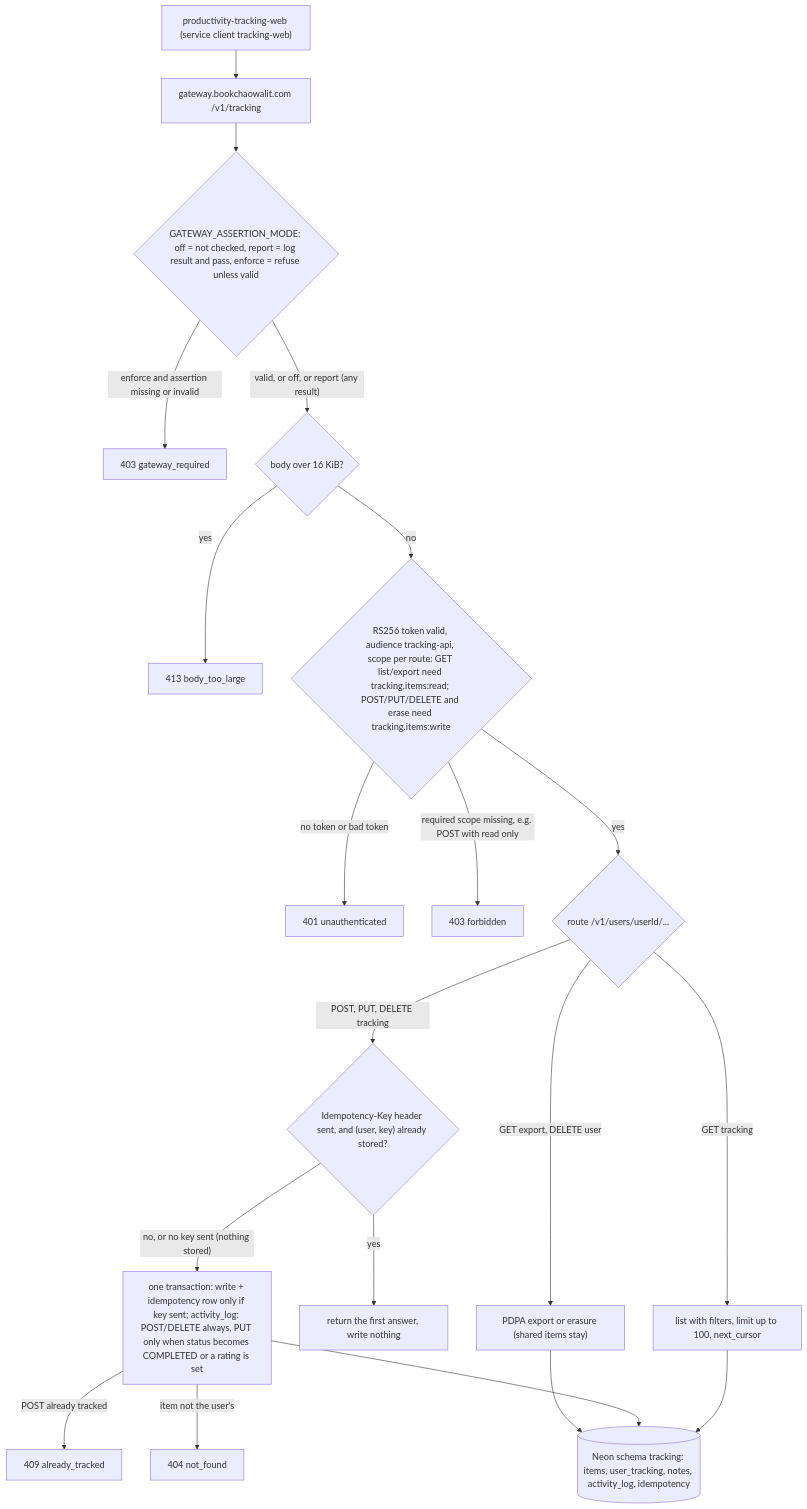
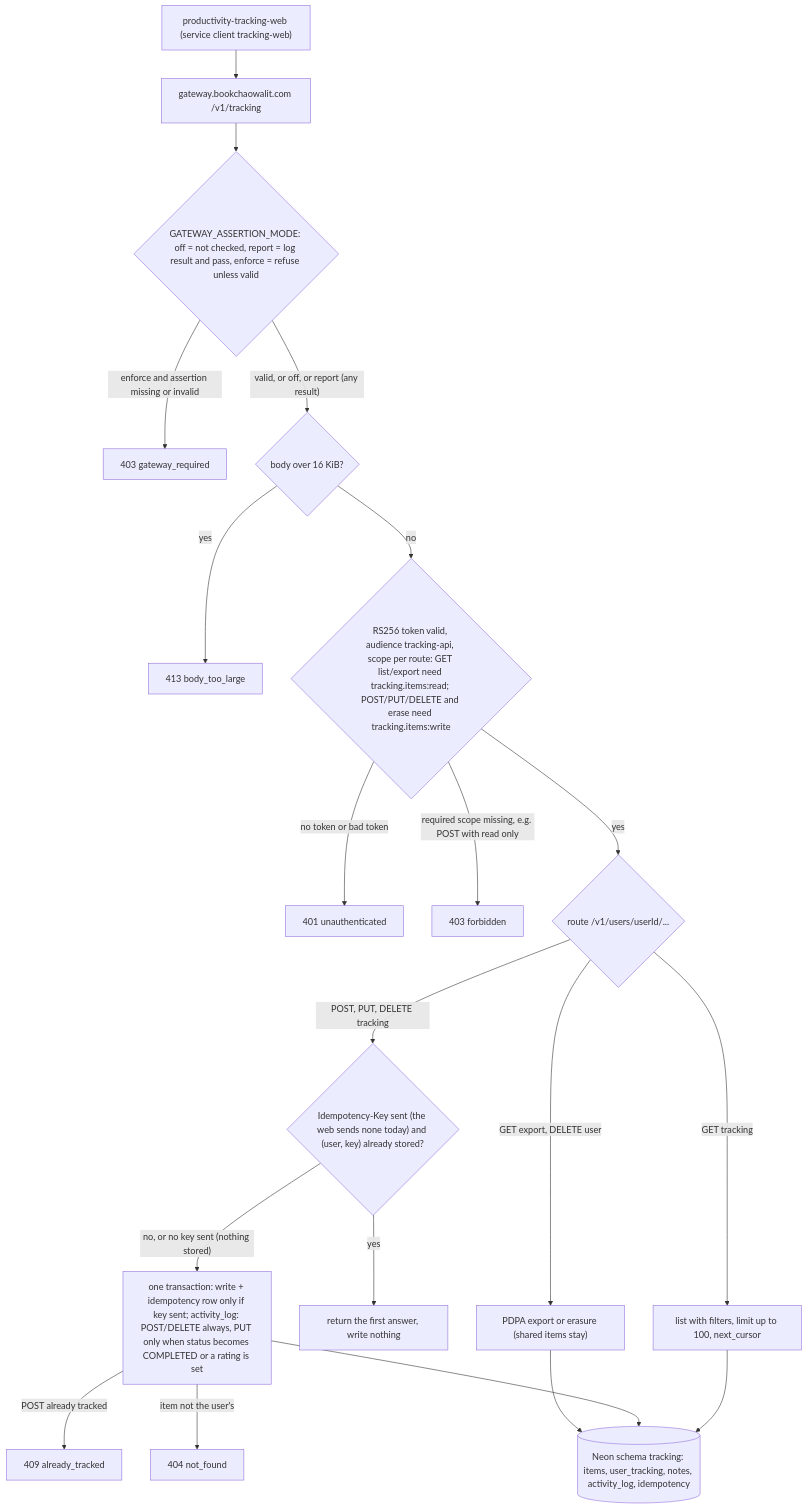
One commit to bookchaowalit/productivity-tracking-api changed the diagram in docs/diagrams/01-business-process.md. Above: the diagram before and after it, drawn with Mermaid. The commit also changed other lines of this file, not shown here.

Commit message:
docs: real list route for AC-05, web sends no Idempotency-Key, probes outside AC-04

````diff
--- a/docs/diagrams/01-business-process.md
+++ b/docs/diagrams/01-business-process.md
@@ -9,22 +9,22 @@
 ```mermaid
 flowchart TD
   WEB["productivity-tracking-web (service client tracking-web)"] --> GW["gateway.bookchaowalit.com /v1/tracking"]
   GW --> ASSERT{"GATEWAY_ASSERTION_MODE: off = not checked, report = log result and pass, enforce = refuse unless valid"}
   ASSERT -->|"enforce and assertion missing or invalid"| R403["403 gateway_required"]
   ASSERT -->|"valid, or off, or report (any result)"| SIZE{"body over 16 KiB?"}
   SIZE -->|yes| R413["413 body_too_large"]
   SIZE -->|no| TOKEN{"RS256 token valid, audience tracking-api, scope per route: GET list/export need tracking.items:read; POST/PUT/DELETE and erase need tracking.items:write"}
   TOKEN -->|"no token or bad token"| R401["401 unauthenticated"]
   TOKEN -->|"required scope missing, e.g. POST with read only"| R403B["403 forbidden"]
   TOKEN -->|yes| ROUTE{"route /v1/users/userId/..."}
   ROUTE -->|"GET tracking"| LIST["list with filters, limit up to 100, next_cursor"]
-  ROUTE -->|"POST, PUT, DELETE tracking"| IDEM{"Idempotency-Key header sent, and (user, key) already stored?"}
+  ROUTE -->|"POST, PUT, DELETE tracking"| IDEM{"Idempotency-Key sent (the web sends none today) and (user, key) already stored?"}
   IDEM -->|yes| REPLAY["return the first answer, write nothing"]
   IDEM -->|"no, or no key sent (nothing stored)"| TX["one transaction: write + idempotency row only if key sent; activity_log: POST/DELETE always, PUT only when status becomes COMPLETED or a rating is set"]
   TX -->|"POST already tracked"| R409["409 already_tracked"]
   TX -->|"item not the user's"| R404["404 not_found"]
   ROUTE -->|"GET export, DELETE user"| PDPA["PDPA export or erasure (shared items stay)"]
   LIST --> DB[("Neon schema tracking: items, user_tracking, notes, activity_log, idempotency")]
   TX --> DB
   PDPA --> DB
 ```
````
